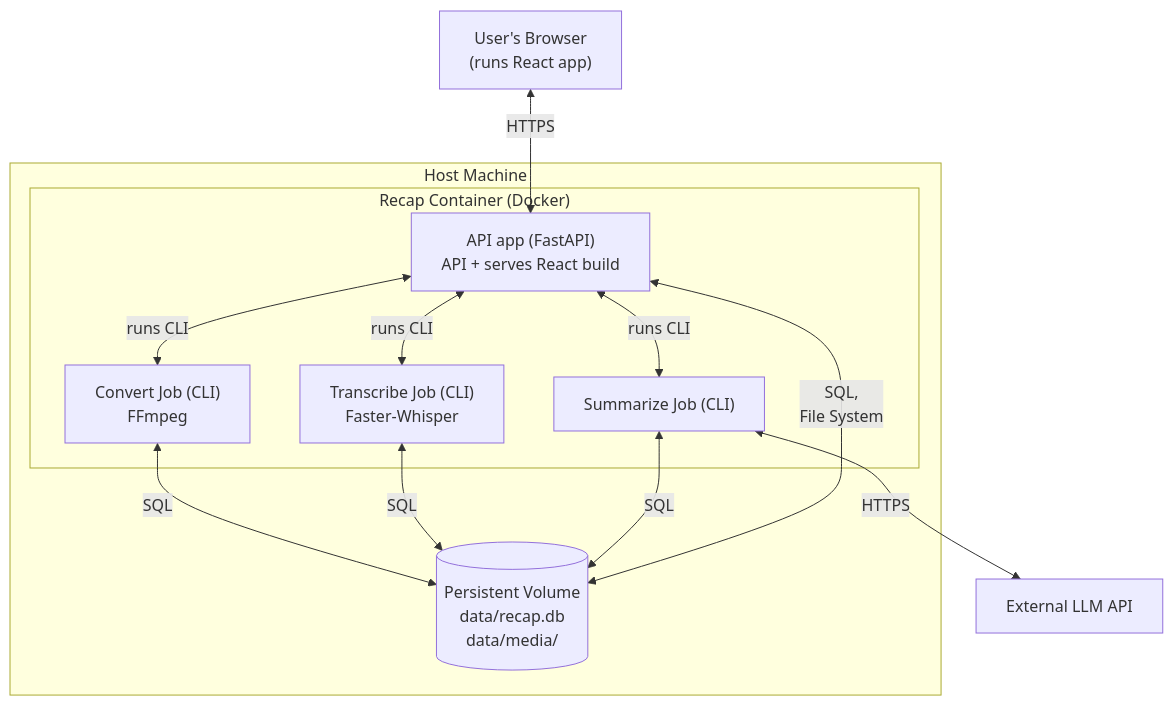
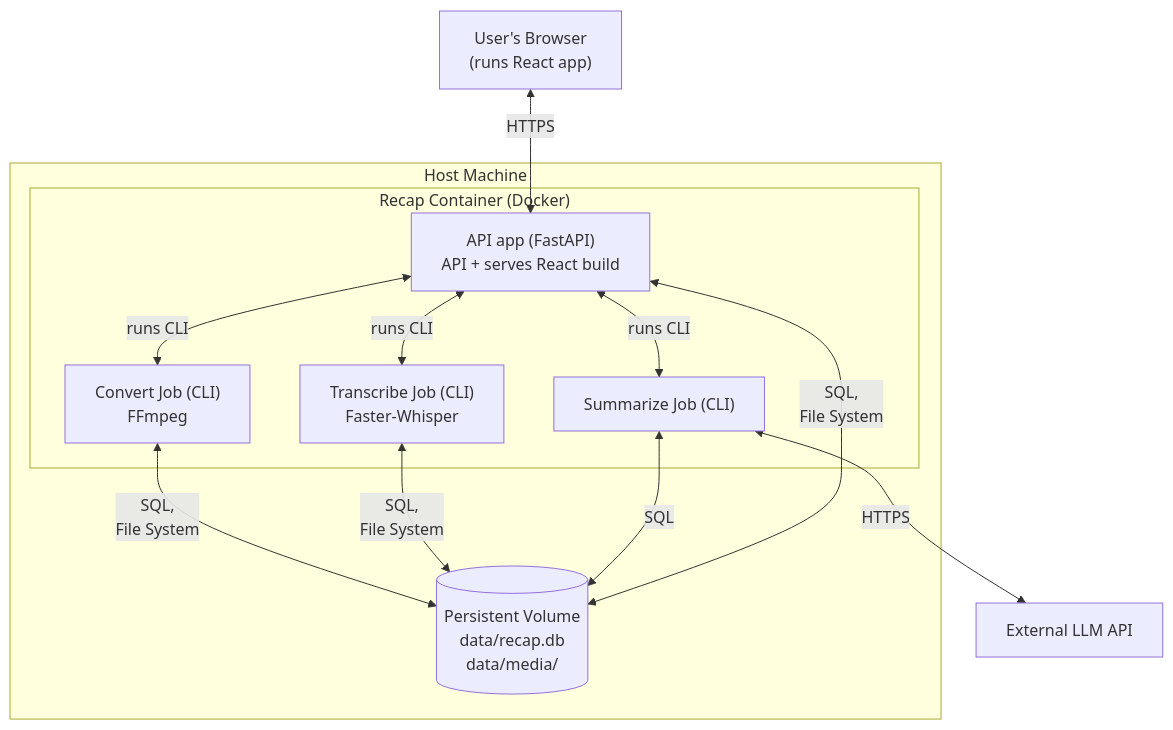
Before and after one commit to nick-yoderia/Recap: the diagram in docs/arc42-template-EN.md, drawn with Mermaid.

Commit message:
fix(docs): correct infrastructure diagram
The arrows going from the Convert job and Transcribe job to the Volume
were incorrectly labeled. They did not account for the reading and
writing to the data volume via the file system.

````diff
--- a/docs/arc42-template-EN.md
+++ b/docs/arc42-template-EN.md
@@ -194,22 +194,22 @@
 ```mermaid
 flowchart TB
  subgraph container["Recap Container (Docker)"]
         api["API app (FastAPI)<br>API + serves React build"]
         convert["Convert Job (CLI)<br>FFmpeg"]
         transcribe["Transcribe Job (CLI)<br>Faster-Whisper"]
         summarize["Summarize Job (CLI)"]
   end
  subgraph host["Host Machine"]
         container
         volume[("Persistent Volume<br>data/recap.db<br>data/media/")]
   end
     user@{ label: "User's Browser<br>(runs React app)" } <-- HTTPS --> api
     api <-- runs CLI --> convert & transcribe & summarize
-    convert <-- SQL --> volume
-    transcribe <-- "<span style=padding-left:>SQL</span>" --> volume
-    summarize <-- "<span style=padding-left: 8px; padding-right: 8px; text-align: center; justify-content: center;>SQL</span>" --> volume
+    convert <-- SQL,<br>File System --> volume
+    transcribe <-- SQL,<br>File System --> volume
+    summarize <-- SQL --> volume
     summarize <-- HTTPS --> llm["External LLM API"]
     api <-- SQL,<br>File System --> volume
 
     user@{ shape: rect}
 ```
````
